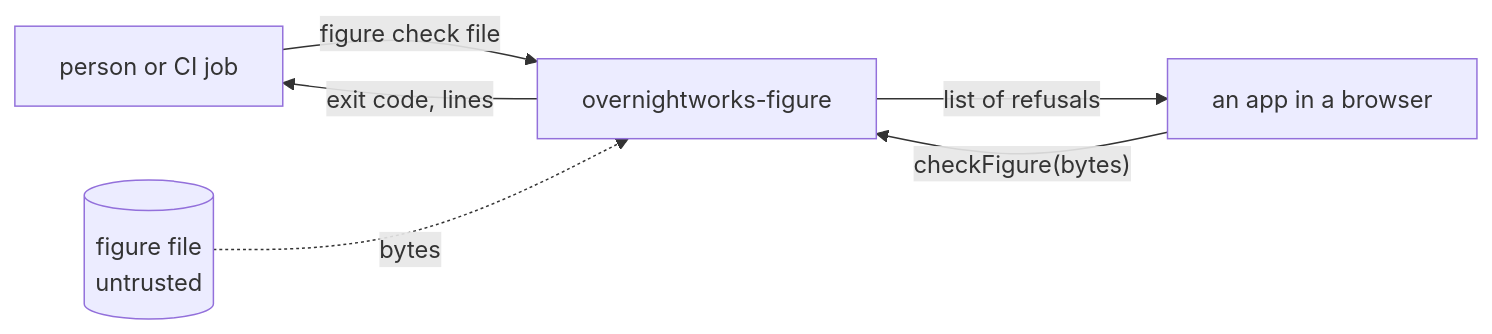
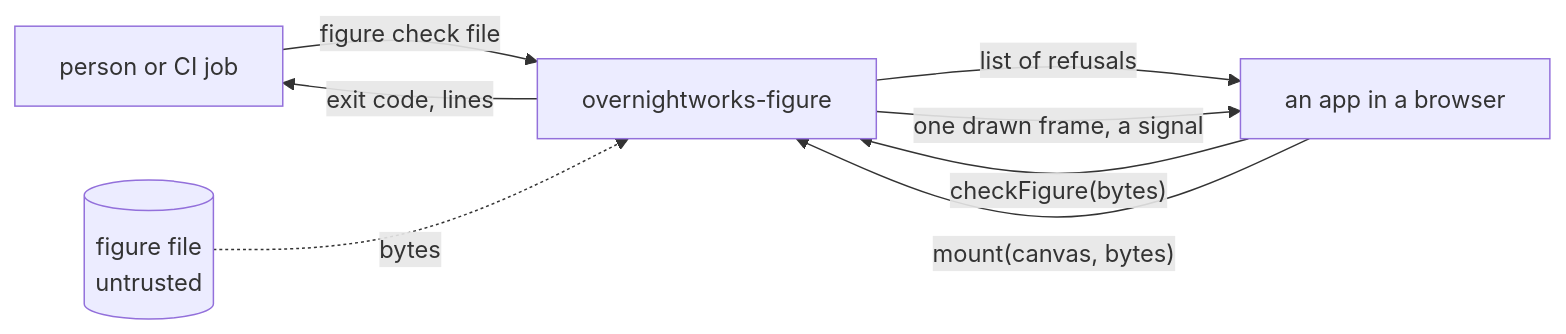
Before and after one commit to overnightworks/figure: the first of 4 diagrams in docs/ARCHITECTURE.md, drawn with Mermaid. The commit also changed other lines of this file and 25 other files, not shown here.

````diff
--- a/docs/ARCHITECTURE.md
+++ b/docs/ARCHITECTURE.md
@@ -10,8 +10,10 @@
 ```mermaid
 flowchart LR
     caller["person or CI job"] -->|"figure check file"| package
     app["an app in a browser"] -->|"checkFigure(bytes)"| package
+    app -->|"mount(canvas, bytes)"| package
     package["overnightworks-figure"] -->|"exit code, lines"| caller
     package -->|"list of refusals"| app
+    package -->|"one drawn frame, a signal"| app
     file[("figure file<br/>untrusted")] -.->|"bytes"| package
 ```
````
